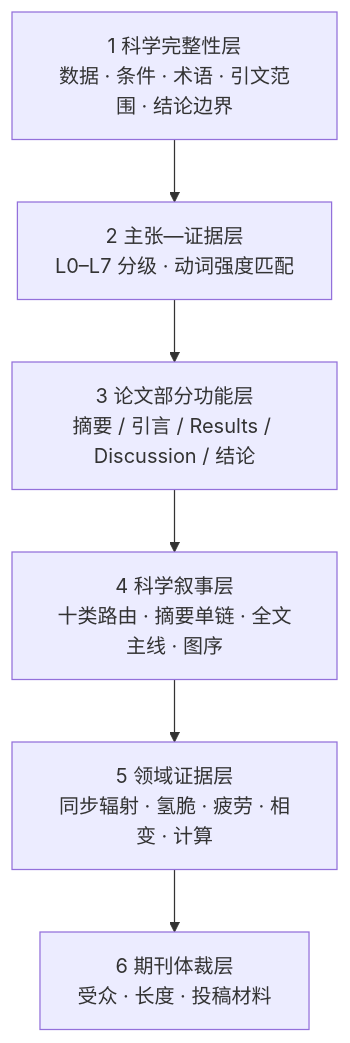
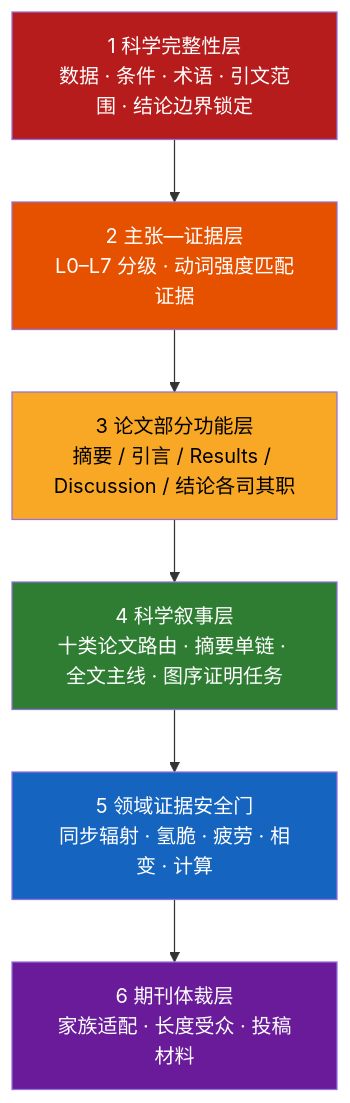
The diagram in README.md (D-sudoasd/Metal-Paper-Polisher), drawn with Mermaid before and after one commit. The commit also changed other lines of this file, not shown here.

````diff
--- a/README.md
+++ b/README.md
@@ -173,8 +187,14 @@
 ```mermaid
 flowchart TD
-    A["1 科学完整性层<br/>数据 · 条件 · 术语 · 引文范围 · 结论边界"] --> B["2 主张—证据层<br/>L0–L7 分级 · 动词强度匹配"]
-    B --> C["3 论文部分功能层<br/>摘要 / 引言 / Results / Discussion / 结论"]
-    C --> D["4 科学叙事层<br/>十类路由 · 摘要单链 · 全文主线 · 图序"]
-    D --> E["5 领域证据层<br/>同步辐射 · 氢脆 · 疲劳 · 相变 · 计算"]
-    E --> F["6 期刊体裁层<br/>受众 · 长度 · 投稿材料"]
+    A["1 科学完整性层<br/>数据 · 条件 · 术语 · 引文范围 · 结论边界锁定"] --> B["2 主张—证据层<br/>L0–L7 分级 · 动词强度匹配证据"]
+    B --> C["3 论文部分功能层<br/>摘要 / 引言 / Results / Discussion / 结论各司其职"]
+    C --> D["4 科学叙事层<br/>十类论文路由 · 摘要单链 · 全文主线 · 图序证明任务"]
+    D --> E["5 领域证据安全门<br/>同步辐射 · 氢脆 · 疲劳 · 相变 · 计算"]
+    E --> F["6 期刊体裁层<br/>家族适配 · 长度受众 · 投稿材料"]
+    style A fill:#b71c1c,color:#fff
+    style B fill:#e65100,color:#fff
+    style C fill:#f9a825,color:#000
+    style D fill:#2e7d32,color:#fff
+    style E fill:#1565c0,color:#fff
+    style F fill:#6a1b9a,color:#fff
 ```
````
